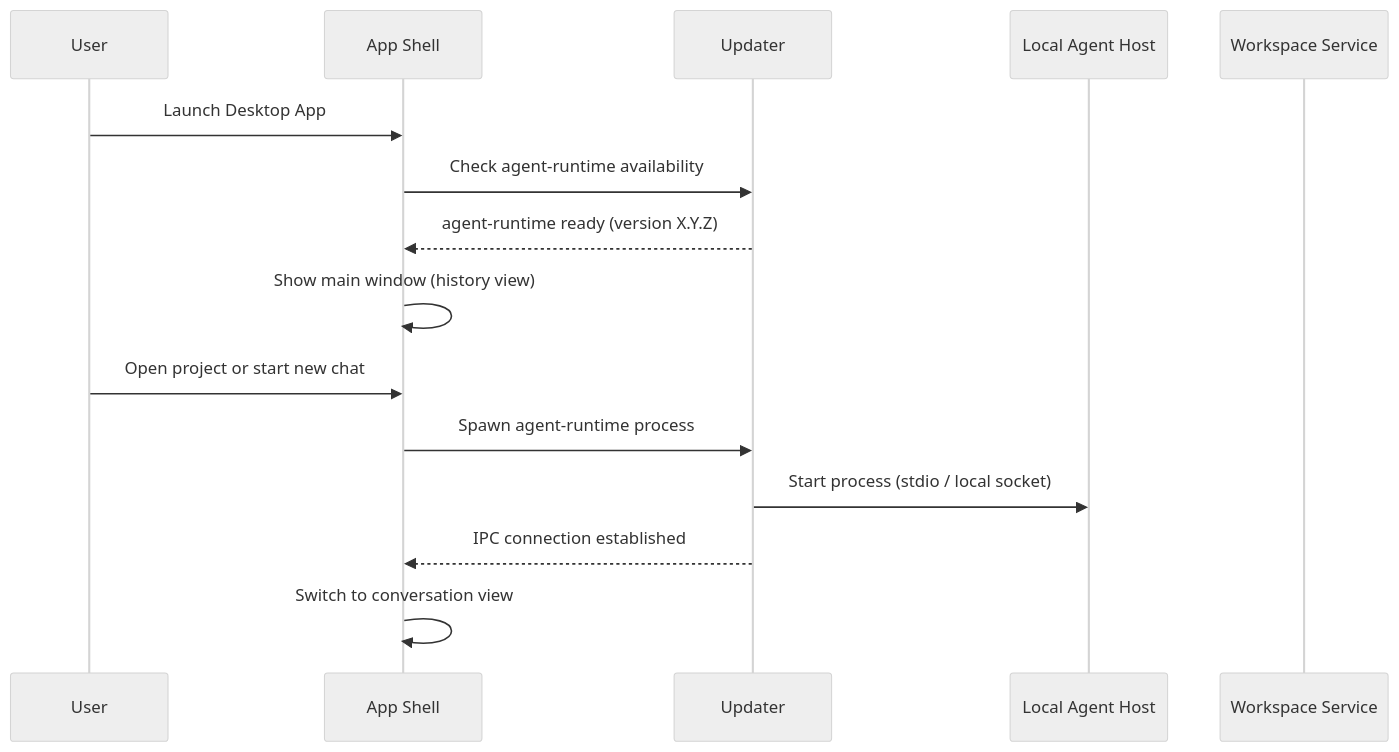
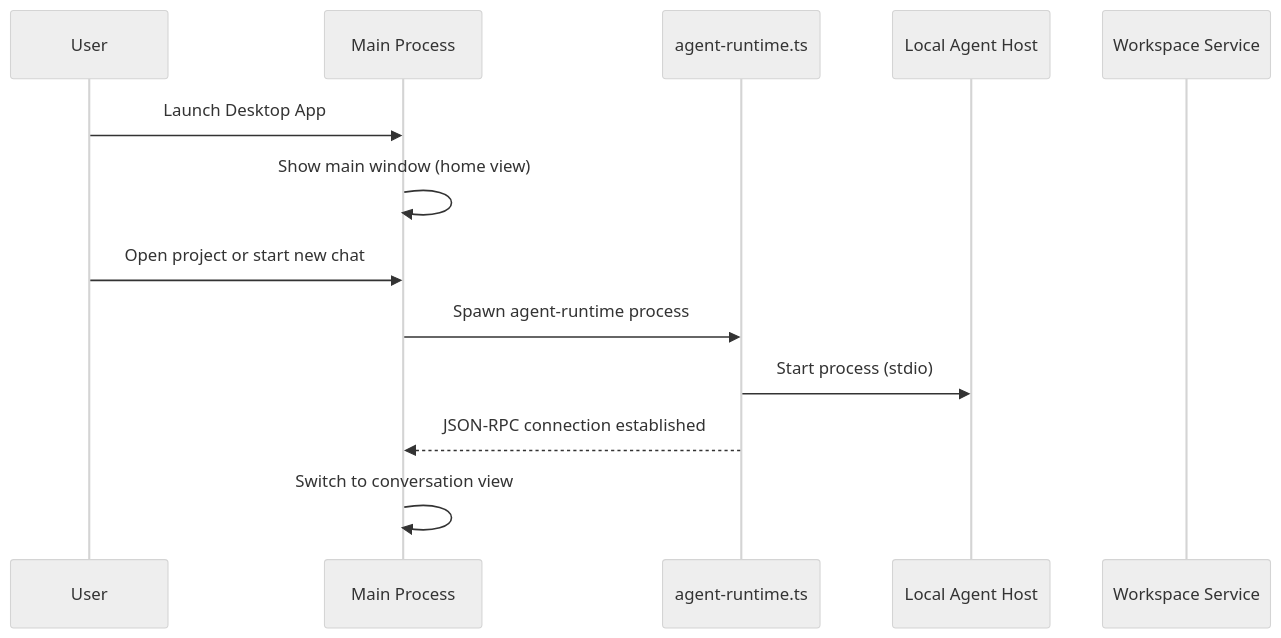
One commit to suman724/cowork-infra changed the third of 5 diagrams in docs/components/desktop-app.md. Above: the diagram before and after it, drawn with Mermaid (neutral theme). The commit also changed other lines of this file and 10 other files, not shown here.

````diff
--- a/docs/components/desktop-app.md
+++ b/docs/components/desktop-app.md
@@ -133,18 +141,16 @@
 ```mermaid
 sequenceDiagram
   participant User
-  participant Shell as App Shell
-  participant Updater as Updater
+  participant Main as Main Process
+  participant AR as agent-runtime.ts
   participant AH as Local Agent Host
   participant WS as Workspace Service
 
-  User->>Shell: Launch Desktop App
-  Shell->>Updater: Check agent-runtime availability
-  Updater-->>Shell: agent-runtime ready (version X.Y.Z)
-  Shell->>Shell: Show main window (history view)
-  User->>Shell: Open project or start new chat
-  Shell->>Updater: Spawn agent-runtime process
-  Updater->>AH: Start process (stdio / local socket)
-  Updater-->>Shell: IPC connection established
-  Shell->>Shell: Switch to conversation view
+  User->>Main: Launch Desktop App
+  Main->>Main: Show main window (home view)
+  User->>Main: Open project or start new chat
+  Main->>AR: Spawn agent-runtime process
+  AR->>AH: Start process (stdio)
+  AR-->>Main: JSON-RPC connection established
+  Main->>Main: Switch to conversation view
 ```
````
